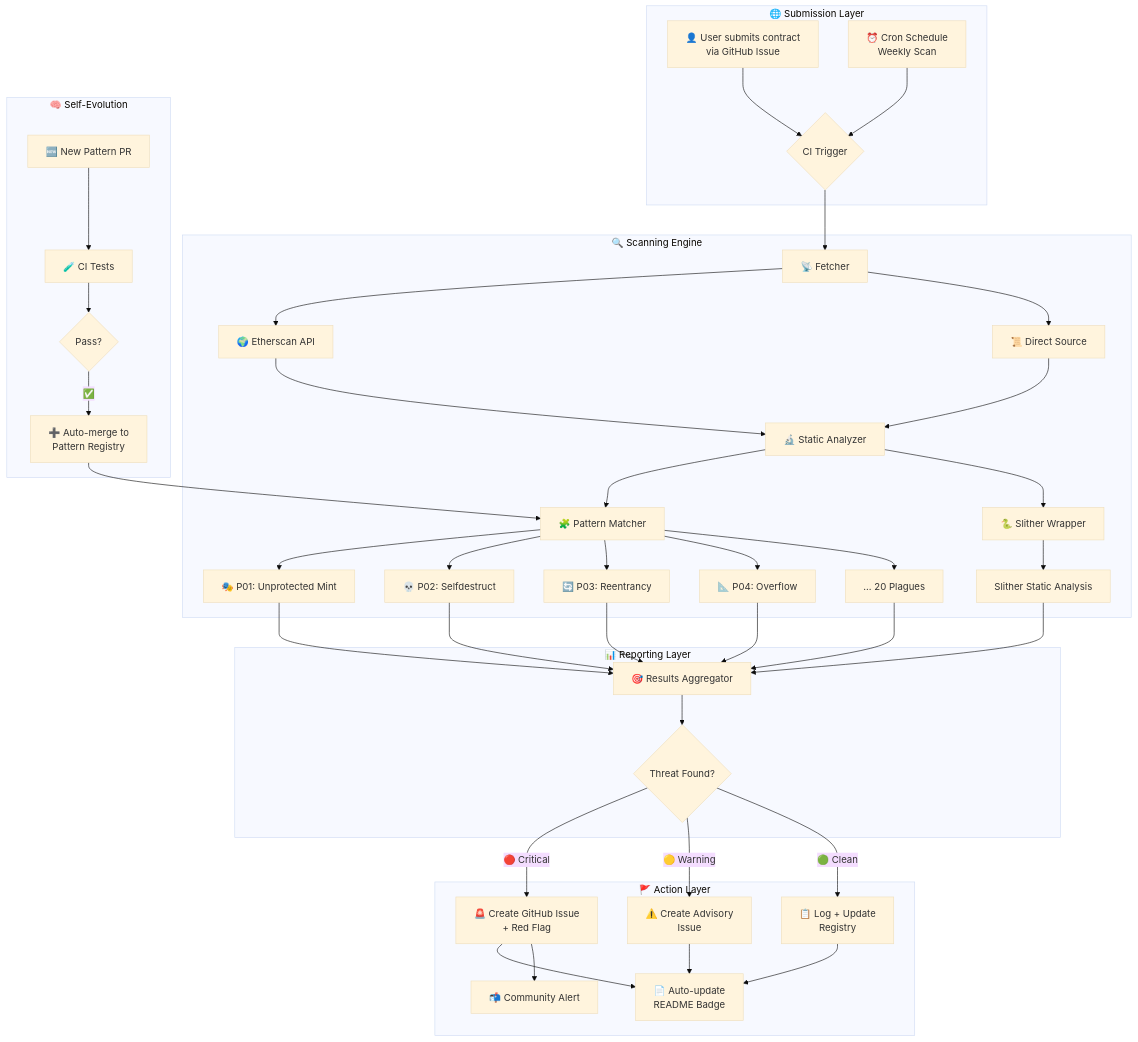
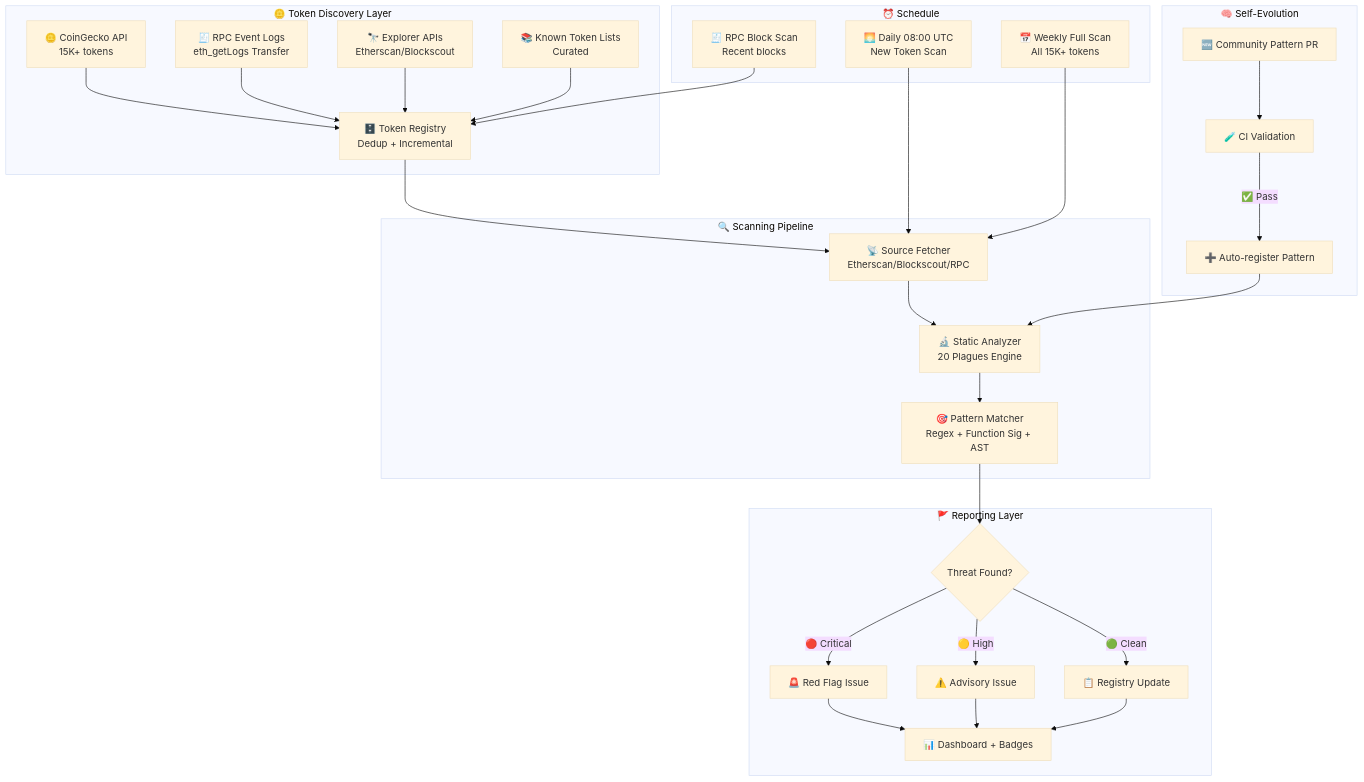
One commit to Lord1Egypt/MaatEye changed the diagram in README.md. Above: the diagram before and after it, drawn with Mermaid (base theme). The commit also changed other lines of this file and 6 other files, not shown here.

Commit message:
v0.4 Mass Token Discovery + CLI + Dedup Store

````diff
--- a/README.md
+++ b/README.md
@@ -70,55 +128,35 @@
 ```mermaid
 flowchart TB
-    subgraph "🌐 Submission Layer"
-        A[👤 User submits contract<br/>via GitHub Issue] --> B{CI Trigger}
-        C[⏰ Cron Schedule<br/>Weekly Scan] --> B
+    subgraph "🪙 Token Discovery Layer"
+        A1[🪙 CoinGecko API<br/>15K+ tokens] --> D[🗄️ Token Registry<br/>Dedup + Incremental]
+        A2[🧾 RPC Event Logs<br/>eth_getLogs Transfer] --> D
+        A3[🔭 Explorer APIs<br/>Etherscan/Blockscout] --> D
+        A4[📚 Known Token Lists<br/>Curated] --> D
     end
 
-    subgraph "🔍 Scanning Engine"
-        B --> D[📡 Fetcher]
-        D --> E[🌍 Etherscan API]
-        D --> F[📜 Direct Source]
-        E --> G[🔬 Static Analyzer]
-        F --> G
-        
-        G --> H[🧩 Pattern Matcher]
-        H --> I[🎭 P01: Unprotected Mint]
-        H --> J[💀 P02: Selfdestruct]
-        H --> K[🔄 P03: Reentrancy]
-        H --> L[📐 P04: Overflow]
-        H --> M[... 20 Plagues]
-        
-        G --> N[🐍 Slither Wrapper]
-        N --> O[Slither Static Analysis]
+    subgraph "🔍 Scanning Pipeline"
+        D --> E[📡 Source Fetcher<br/>Etherscan/Blockscout/RPC]
+        E --> F[🔬 Static Analyzer<br/>20 Plagues Engine]
+        F --> G[🎯 Pattern Matcher<br/>Regex + Function Sig + AST]
     end
 
-    subgraph "📊 Reporting Layer"
-        I --> P[🎯 Results Aggregator]
-        J --> P
-        K --> P
-        L --> P
-        M --> P
-        O --> P
-        
-        P --> Q{Threat Found?}
+    subgraph "🚩 Reporting Layer"
+        G --> H{Threat Found?}
+        H -->|🔴 Critical| I[🚨 Red Flag Issue]
+        H -->|🟡 High| J[⚠️ Advisory Issue]
+        H -->|🟢 Clean| K[📋 Registry Update]
+        I & J & K --> L[📊 Dashboard + Badges]
     end
 
-    subgraph "🚩 Action Layer"
-        Q -->|🔴 Critical| R[🚨 Create GitHub Issue<br/>+ Red Flag]
-        Q -->|🟡 Warning| S[⚠️ Create Advisory<br/>Issue]
-        Q -->|🟢 Clean| T[📋 Log + Update<br/>Registry]
-        
-        R --> U[📄 Auto-update<br/>README Badge]
-        S --> U
-        T --> U
-        
-        R --> V[📬 Community Alert]
+    subgraph "⏰ Schedule"
+        M1[🌅 Daily 08:00 UTC<br/>New Token Scan] --> E
+        M2[📅 Weekly Full Scan<br/>All 15K+ tokens] --> E
+        M3[🧾 RPC Block Scan<br/>Recent blocks] --> D
     end
 
     subgraph "🧠 Self-Evolution"
-        W[🆕 New Pattern PR] --> X[🧪 CI Tests]
-        X --> Y{Pass?}
-        Y -->|✅| Z[➕ Auto-merge to<br/>Pattern Registry]
-        Z --> H
+        N[🆕 Community Pattern PR] --> O[🧪 CI Validation]
+        O -->|✅ Pass| P[➕ Auto-register Pattern]
+        P --> F
     end
 ```
````
